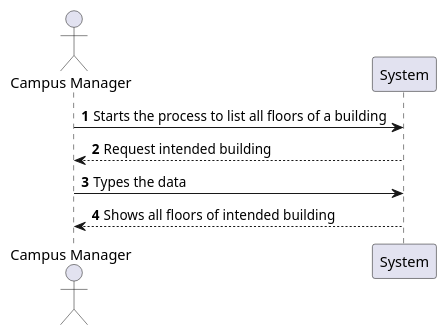
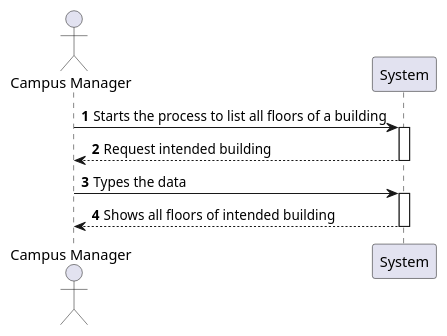
One commit to Pedro-Pereira1/sem5pi_23_24_g056_Visualization changed the diagram in Visualization/docs/US_1100/Diagrams/Level1/ProcessView.puml. Above: the diagram before and after it, drawn with PlantUML. The commit also changed 1 other file, not shown here.

```diff
--- a/Visualization/docs/US_1100/Diagrams/Level1/ProcessView.puml
+++ b/Visualization/docs/US_1100/Diagrams/Level1/ProcessView.puml
@@ -1,12 +1,15 @@
 @startuml
 
 autonumber
 actor "Campus Manager" as CM
 
 CM -> System: Starts the process to list all floors of a building
+activate System
 System --> CM: Request intended building
+deactivate System
 CM -> System: Types the data
+activate System
 CM <-- System: Shows all floors of intended building
-
+deactivate System
 
 @enduml
```
